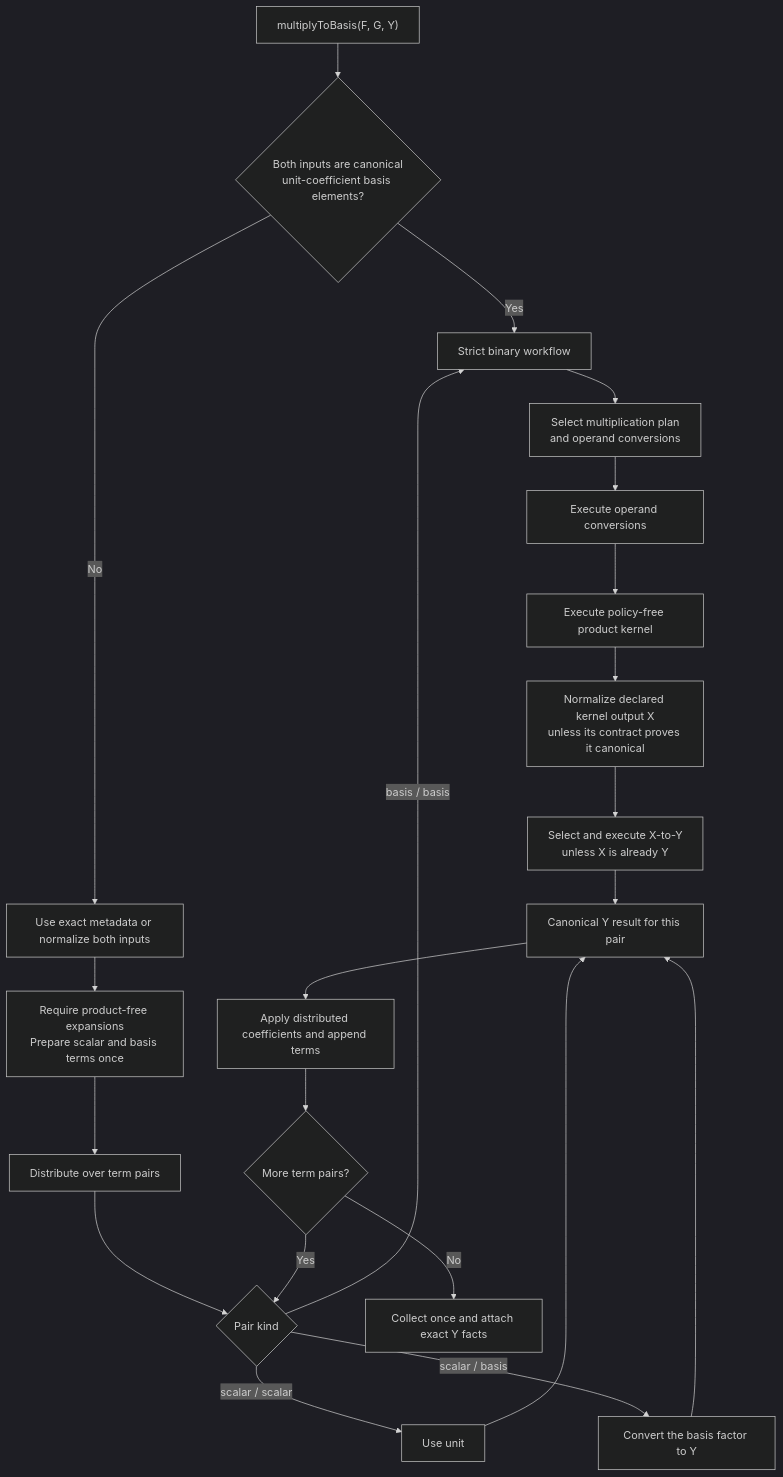
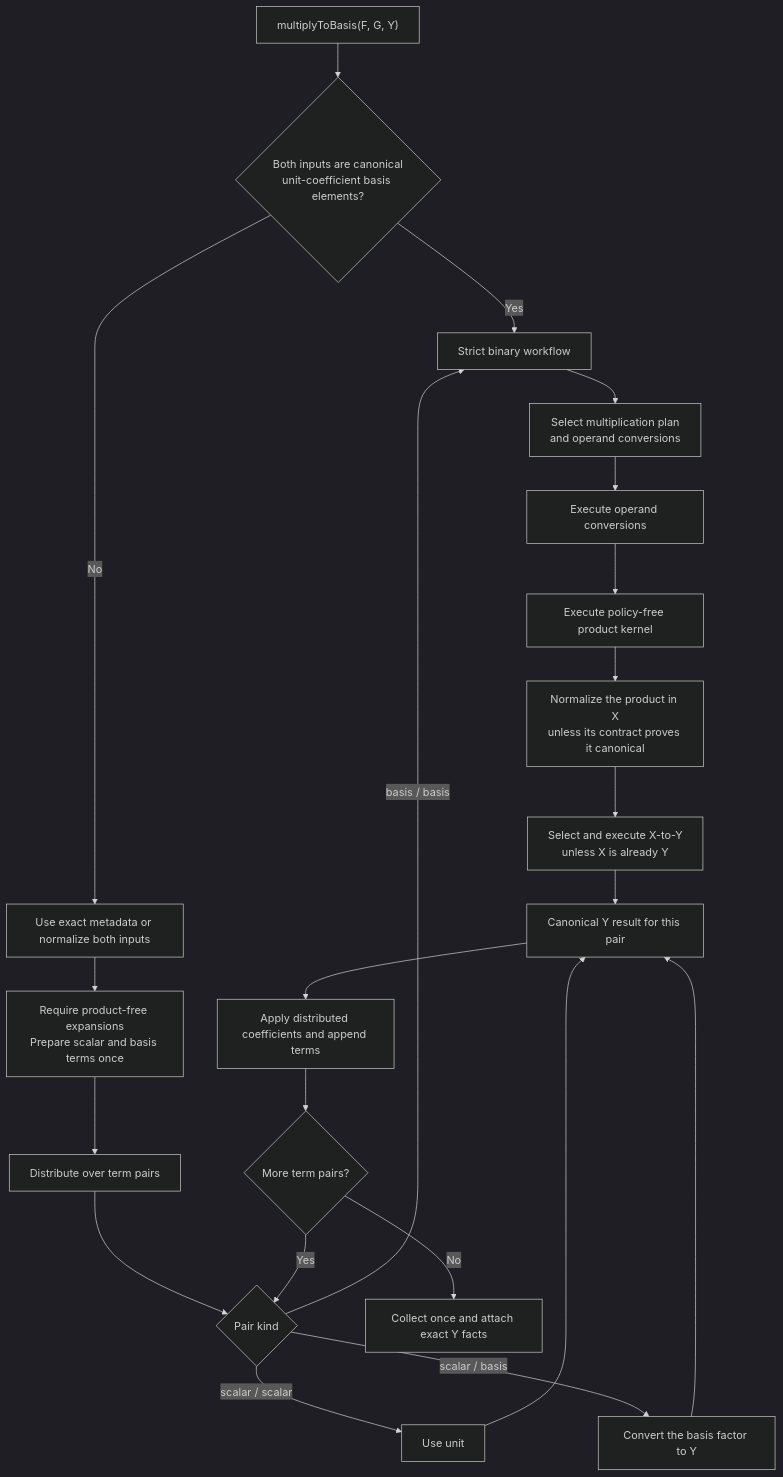
The third of 5 diagrams in M2/Macaulay2/e/symmetric-rings/README-pipelines.md (j-graf/M2), drawn with Mermaid (dark theme) before and after one commit. The commit also changed other lines of this file and 28 other files, not shown here.

````diff
--- a/M2/Macaulay2/e/symmetric-rings/README-pipelines.md
+++ b/M2/Macaulay2/e/symmetric-rings/README-pipelines.md
@@ -130,27 +133,27 @@
 ```mermaid
 flowchart TD
     A["multiplyToBasis(F, G, Y)"] --> B{"Both inputs are canonical<br/>unit-coefficient basis elements?"}
     B -->|"Yes"| S["Strict binary workflow"]
     B -->|"No"| C["Use exact metadata or normalize both inputs"]
     C --> D["Require product-free expansions<br/>Prepare scalar and basis terms once"]
     D --> E["Distribute over term pairs"]
     E --> P{"Pair kind"}
 
     P -->|"scalar / scalar"| U["Use unit"]
     P -->|"scalar / basis"| V["Convert the basis factor to Y"]
     P -->|"basis / basis"| S
 
     S --> S1["Select multiplication plan<br/>and operand conversions"]
     S1 --> S2["Execute operand conversions"]
     S2 --> S3["Execute policy-free product kernel"]
-    S3 --> S4["Normalize declared kernel output X<br/>unless its contract proves it canonical"]
+    S3 --> S4["Normalize the product in X<br/>unless its contract proves it canonical"]
     S4 --> S5["Select and execute X-to-Y<br/>unless X is already Y"]
     S5 --> Q["Canonical Y result for this pair"]
     U --> Q
     V --> Q
 
     Q --> T["Apply distributed coefficients and append terms"]
     T --> W{"More term pairs?"}
     W -->|"Yes"| P
     W -->|"No"| R["Collect once and attach exact Y facts"]
 ```
````
